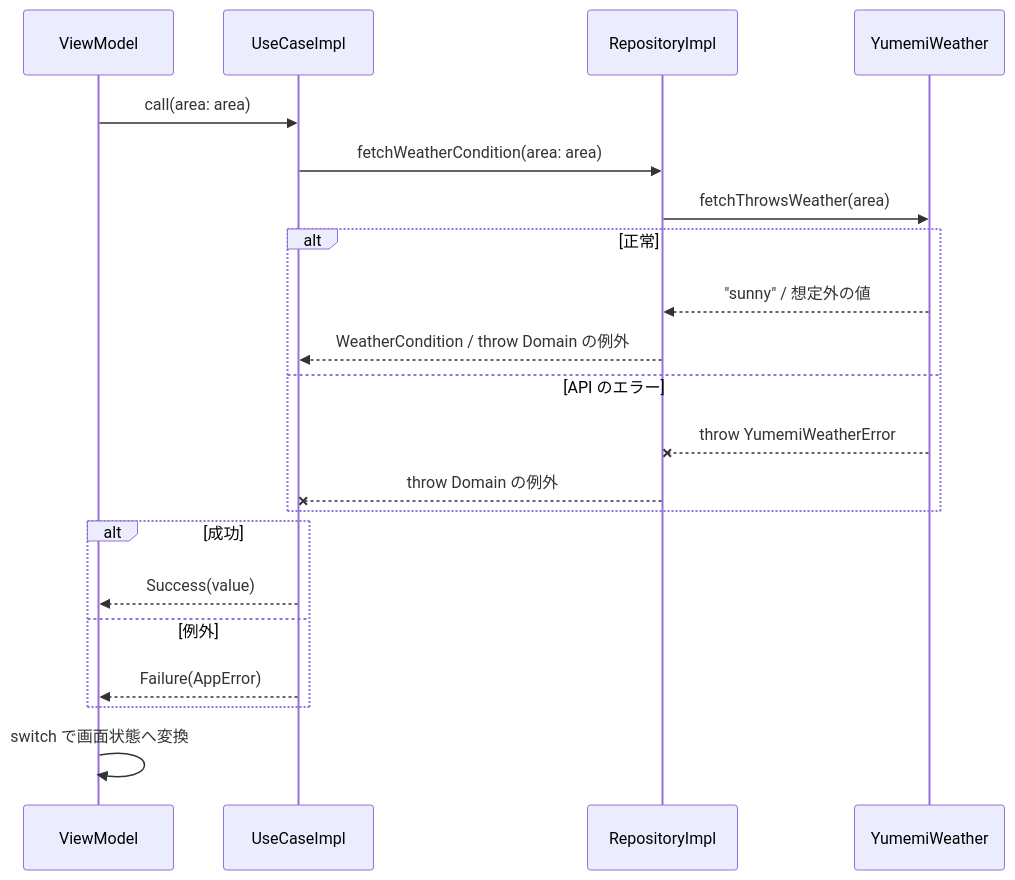
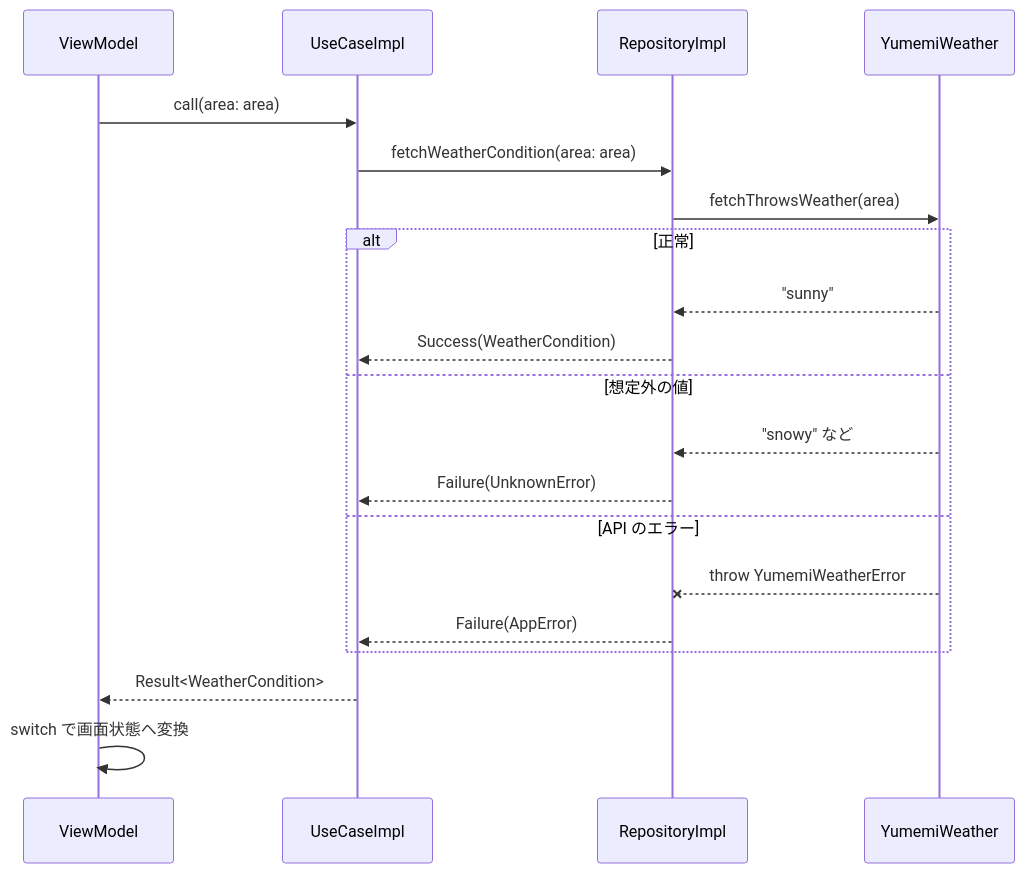
The second of 2 diagrams in docs/ARCHITECTURE.md (Ryosuke-Androiddev/flutter-training-rnikushi), drawn with Mermaid before and after one commit. The commit also changed other lines of this file and 7 other files, not shown here.

Commit message:
RepositoryImpl で API のエラーを例外として投げ直さず、Result にマッピングして返す

````diff
--- a/docs/ARCHITECTURE.md
+++ b/docs/ARCHITECTURE.md
@@ -113,24 +112,23 @@
 ```mermaid
 sequenceDiagram
   participant VM as ViewModel
   participant UC as UseCaseImpl
   participant R as RepositoryImpl
   participant API as YumemiWeather
 
   VM->>UC: call(area: area)
   UC->>R: fetchWeatherCondition(area: area)
   R->>API: fetchThrowsWeather(area)
   alt 正常
-    API-->>R: "sunny" / 想定外の値
-    R-->>UC: WeatherCondition / throw Domain の例外
+    API-->>R: "sunny"
+    R-->>UC: Success(WeatherCondition)
+  else 想定外の値
+    API-->>R: "snowy" など
+    R-->>UC: Failure(UnknownError)
   else API のエラー
     API--xR: throw YumemiWeatherError
-    R--xUC: throw Domain の例外
+    R-->>UC: Failure(AppError)
   end
-  alt 成功
-    UC-->>VM: Success(value)
-  else 例外
-    UC-->>VM: Failure(AppError)
-  end
+  UC-->>VM: Result<WeatherCondition>
   VM->>VM: switch で画面状態へ変換
 ```
````
